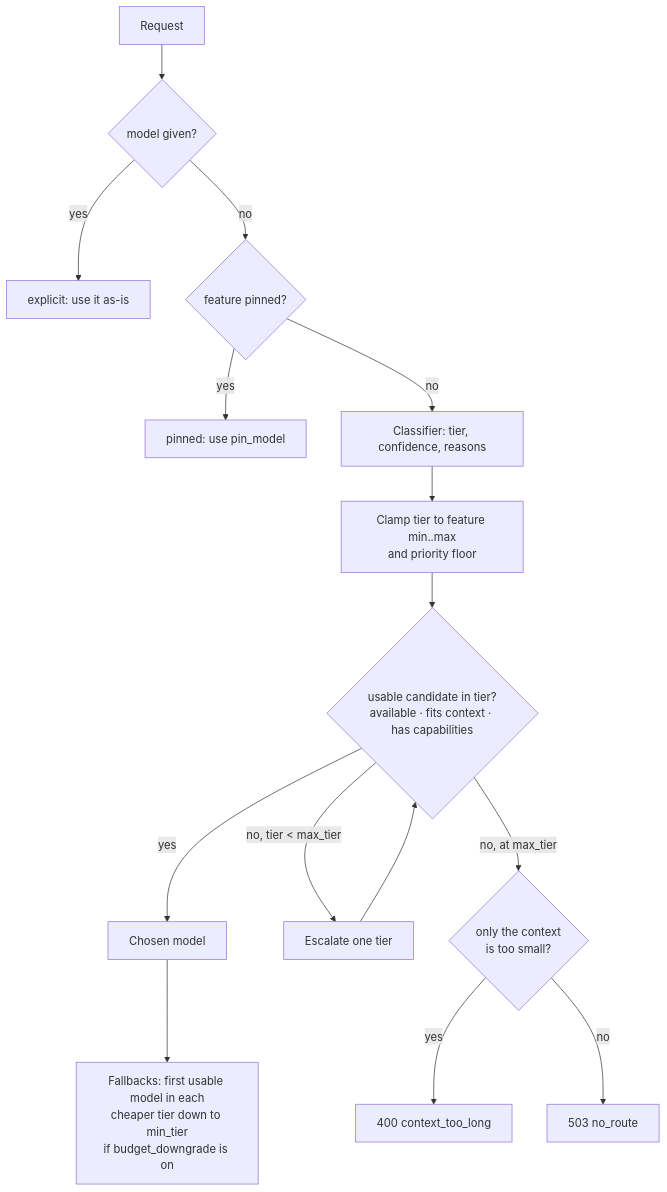
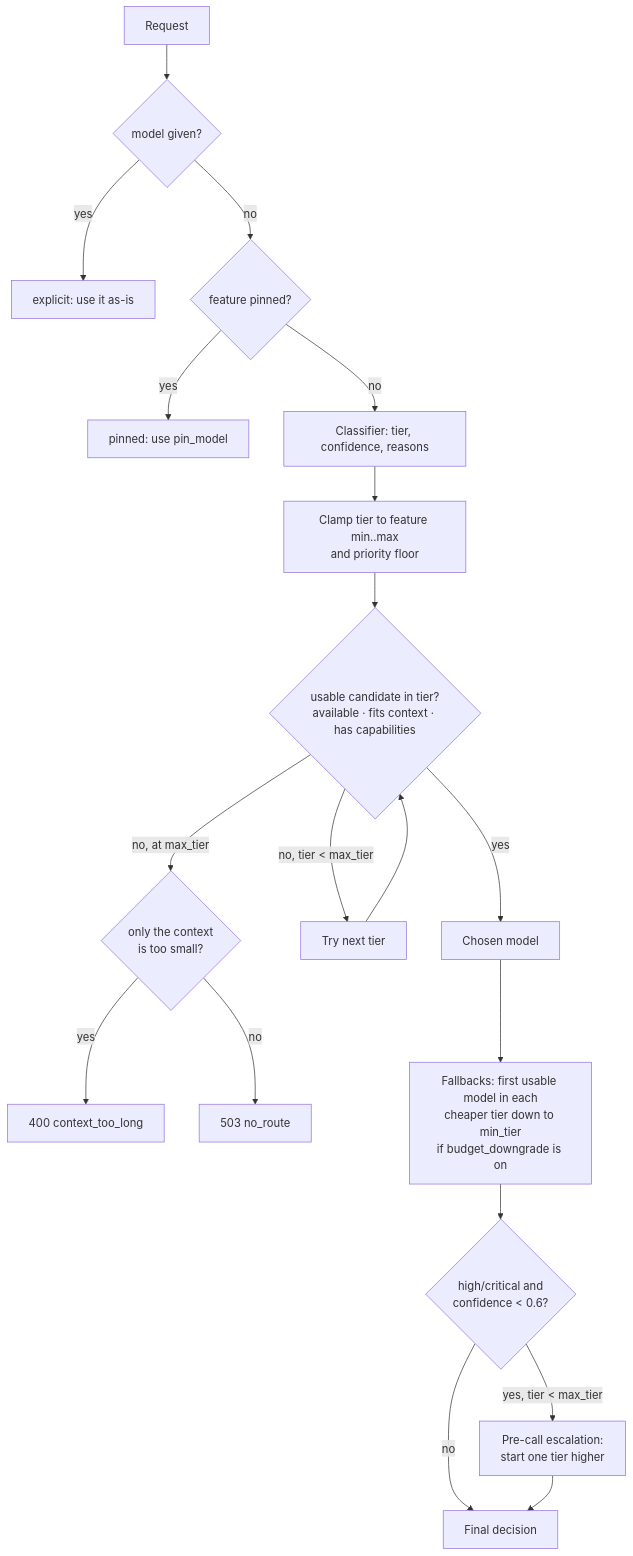
One commit to Abhigyanv23/llm-spend-control changed the second of 5 diagrams in docs/architecture.md. Above: the diagram before and after it, drawn with Mermaid. The commit also changed other lines of this file and 45 other files, not shown here.

````diff
--- a/docs/architecture.md
+++ b/docs/architecture.md
@@ -65,16 +80,20 @@
 ```mermaid
 flowchart TD
     A[Request] --> B{model given?}
     B -->|yes| X[explicit: use it as-is]
     B -->|no| D{feature pinned?}
     D -->|yes| P[pinned: use pin_model]
     D -->|no| E[Classifier: tier, confidence, reasons]
     E --> F[Clamp tier to feature min..max<br/>and priority floor]
     F --> G{usable candidate in tier?<br/>available · fits context · has capabilities}
     G -->|yes| H[Chosen model]
-    G -->|no, tier < max_tier| I[Escalate one tier] --> G
+    G -->|no, tier < max_tier| I[Try next tier] --> G
     G -->|no, at max_tier| J{only the context<br/>is too small?}
     J -->|yes| K[400 context_too_long]
     J -->|no| L[503 no_route]
     H --> M[Fallbacks: first usable model in each<br/>cheaper tier down to min_tier<br/>if budget_downgrade is on]
+    M --> N{high/critical and<br/>confidence < 0.6?}
+    N -->|yes, tier < max_tier| O[Pre-call escalation:<br/>start one tier higher]
+    N -->|no| Q[Final decision]
+    O --> Q
 ```
````
